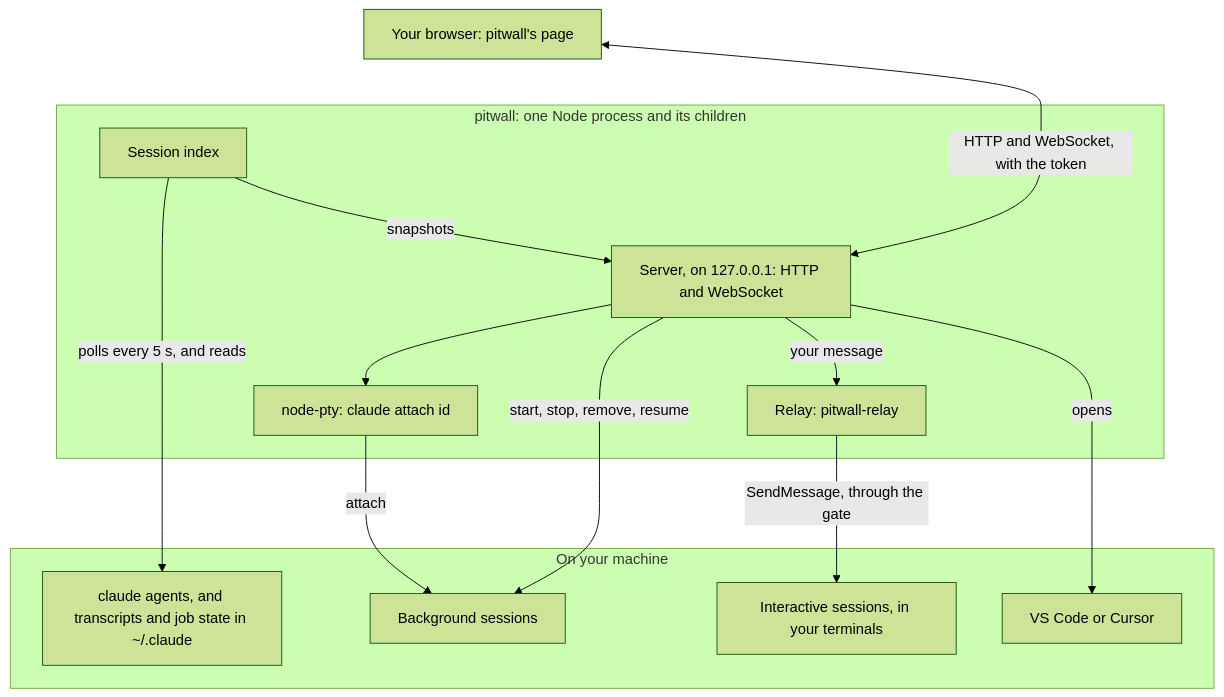
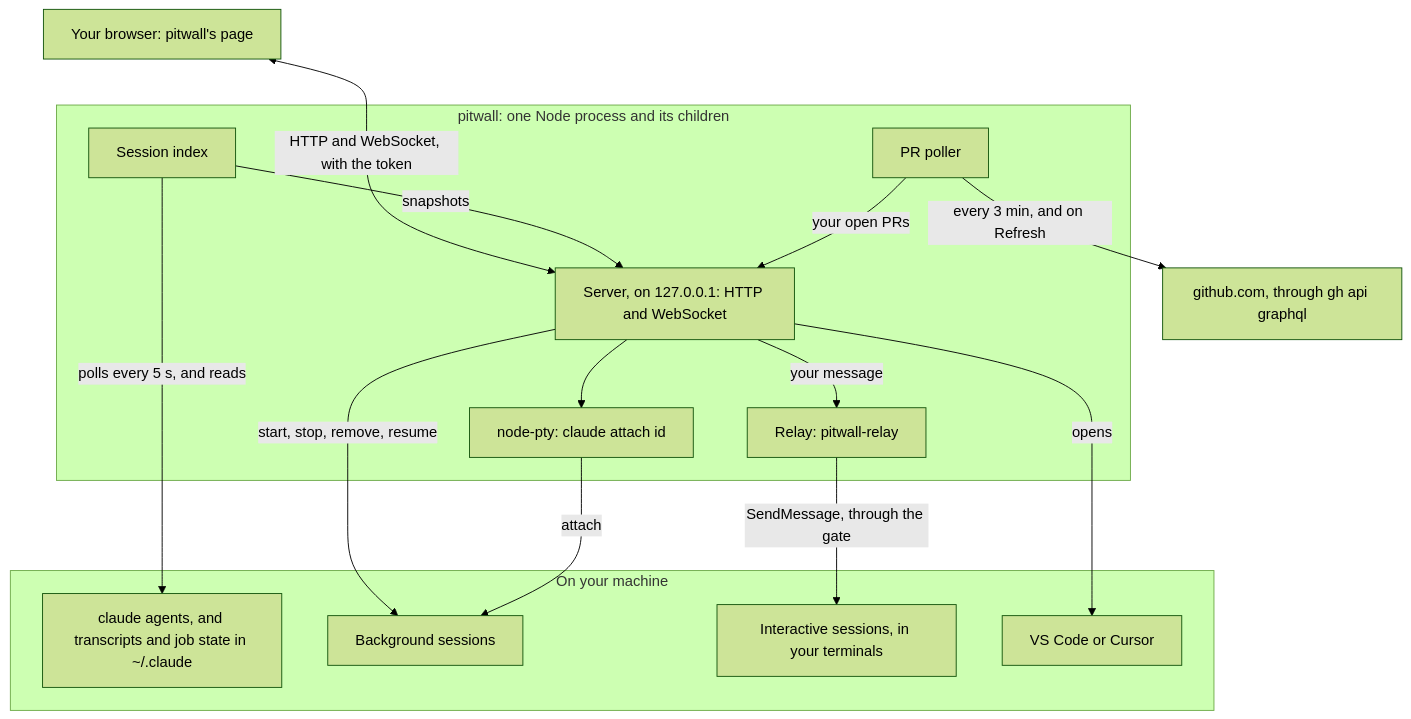
One commit to leggetter/pitwall changed the first of 2 diagrams in README.md. Above: the diagram before and after it, drawn with Mermaid (forest theme). The commit also changed other lines of this file and 2 other files, not shown here.

Commit message:
docs: W93 review, gh in the README's reads and diagram, head's contract, the partial-answer follow-up
- README: what it reads now lists gh api graphql with your GitHub login, at
  start, every 3 minutes and on Refresh, and --no-prs; the How it works
  diagram has the PR poller and github.com.
- protocol.ts, doc only: PullRequestSummary.head is also absent for an empty
  branch name, one over 255 characters, or one with a control or bidi
  control character.
- PLAN.md: W93's follow-up, partial GraphQL answers, as with SAML SSO.

````diff
--- a/README.md
+++ b/README.md
@@ -124,29 +125,34 @@
 ```mermaid
 flowchart TB
   page["Your browser: pitwall's page"]
 
   subgraph pitwall["pitwall: one Node process and its children"]
     index["Session index"]
     server["Server, on 127.0.0.1: HTTP and WebSocket"]
     pty["node-pty: claude attach id"]
     relay["Relay: pitwall-relay"]
+    prs["PR poller"]
   end
 
   subgraph machine["On your machine"]
     state["claude agents, and transcripts and job state in ~/.claude"]
     bg["Background sessions"]
     interactive["Interactive sessions, in your terminals"]
     editor["VS Code or Cursor"]
   end
+
+  github["github.com, through gh api graphql"]
 
   page ~~~ index
   page <-->|"HTTP and WebSocket, with the token"| server
   index -->|snapshots| server
   index -->|"polls every 5 s, and reads"| state
   server -->|"start, stop, remove, resume"| bg
   server --> pty
   pty -->|attach| bg
   server -->|"your message"| relay
   relay -->|"SendMessage, through the gate"| interactive
   server -->|opens| editor
+  prs -->|"every 3 min, and on Refresh"| github
+  prs -->|"your open PRs"| server
 ```
````
